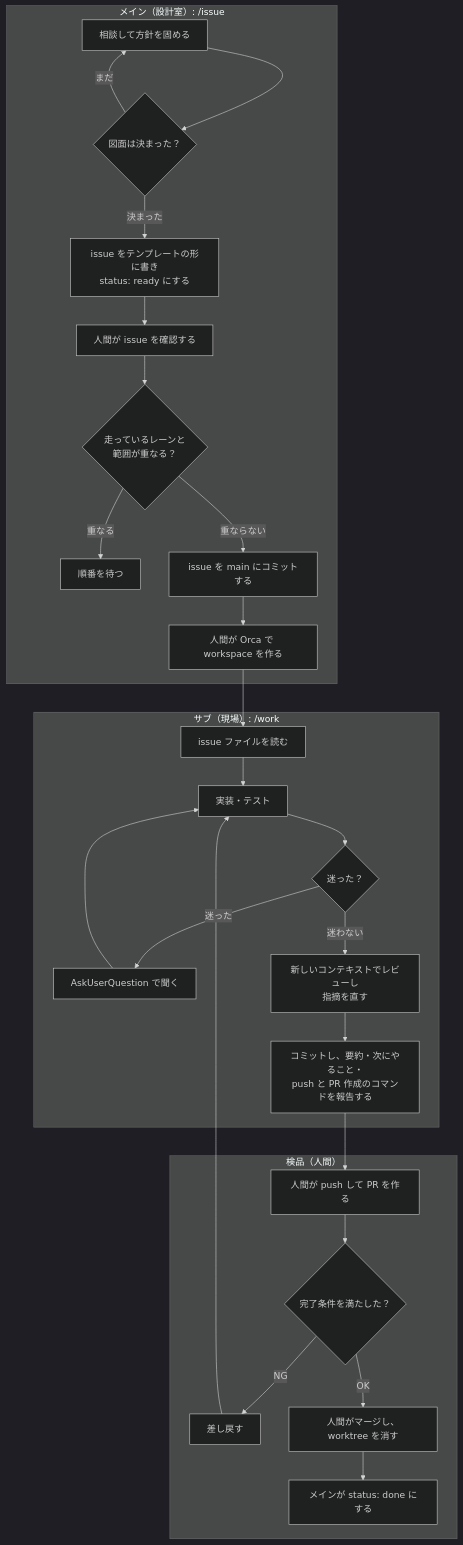
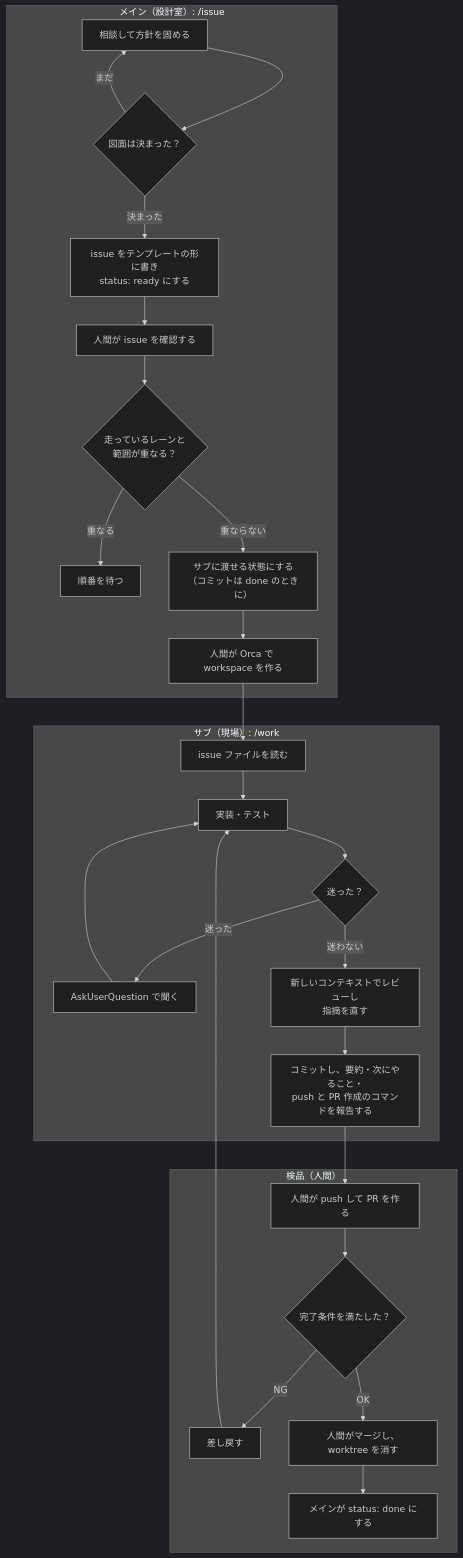
Before and after one commit to yoshipon-tech/site-blocker: the diagram in docs/guide-parallel.md, drawn with Mermaid (dark theme). The commit also changed other lines of this file and 2 other files, not shown here.

First line of the commit message:
feat(root): サブが main の作業ツリーから issue を読み、issue のコミットを done にまとめる

````diff
--- a/docs/guide-parallel.md
+++ b/docs/guide-parallel.md
@@ -13,32 +13,32 @@
 ```mermaid
 flowchart TD
   subgraph main["メイン（設計室）: /issue"]
     A["相談して方針を固める"] --> B{"図面は決まった？"}
     B -- "まだ" --> A
     B -- "決まった" --> C["issue をテンプレートの形に書き<br>status: ready にする"]
     C --> D["人間が issue を確認する"]
     D --> E{"走っているレーンと<br>範囲が重なる？"}
     E -- "重なる" --> F["順番を待つ"]
-    E -- "重ならない" --> C2["issue を main にコミットする"]
+    E -- "重ならない" --> C2["サブに渡せる状態にする<br>（コミットは done のときに）"]
     C2 --> G["人間が Orca で workspace を作る"]
   end
 
   subgraph sub["サブ（現場）: /work"]
     G --> H["issue ファイルを読む"]
     H --> I["実装・テスト"]
     I --> J{"迷った？"}
     J -- "迷った" --> K["AskUserQuestion で聞く"]
     K --> I
     J -- "迷わない" --> V["新しいコンテキストでレビューし<br>指摘を直す"]
     V --> L["コミットし、要約・次にやること・<br>push と PR 作成のコマンドを報告する"]
   end
 
   subgraph check["検品（人間）"]
     L --> P["人間が push して PR を作る"]
     P --> M{"完了条件を満たした？"}
     M -- "NG" --> N["差し戻す"]
     N --> I
     M -- "OK" --> T["人間がマージし、worktree を消す"]
     T --> U["メインが status: done にする"]
   end
 ```
````
